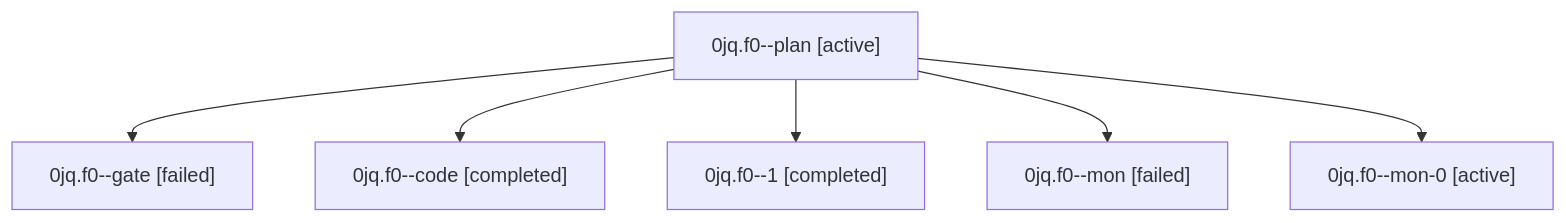
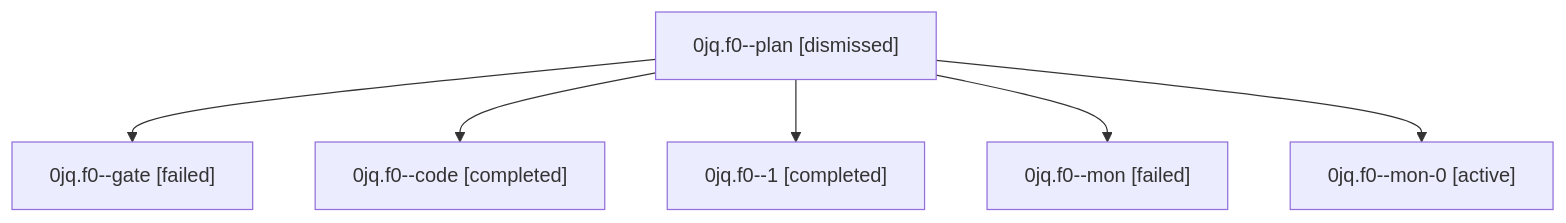
Before and after one commit to sase-org/sase--agents: the diagram in sessions/bbugyi200.athena.0jq.f0.md, drawn with Mermaid. The commit also changed other lines of this file and 44 other files, not shown here.

````diff
--- a/sessions/bbugyi200.athena.0jq.f0.md
+++ b/sessions/bbugyi200.athena.0jq.f0.md
@@ -9,14 +9,14 @@
 ```mermaid
 flowchart TD
-  n0["0jq.f0--plan [active]"]
+  n0["0jq.f0--plan [dismissed]"]
   n1["0jq.f0--gate [failed]"]
   n0 --> n1
   n2["0jq.f0--code [completed]"]
   n0 --> n2
   n3["0jq.f0--1 [completed]"]
   n0 --> n3
   n4["0jq.f0--mon [failed]"]
   n0 --> n4
   n5["0jq.f0--mon-0 [active]"]
   n0 --> n5
 ```
````
